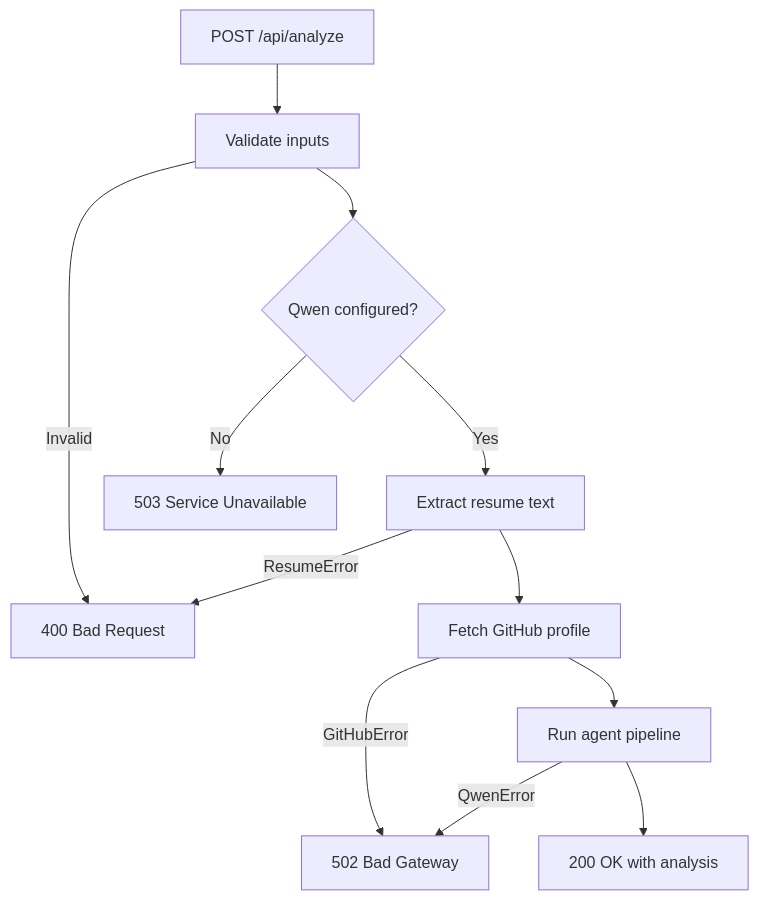
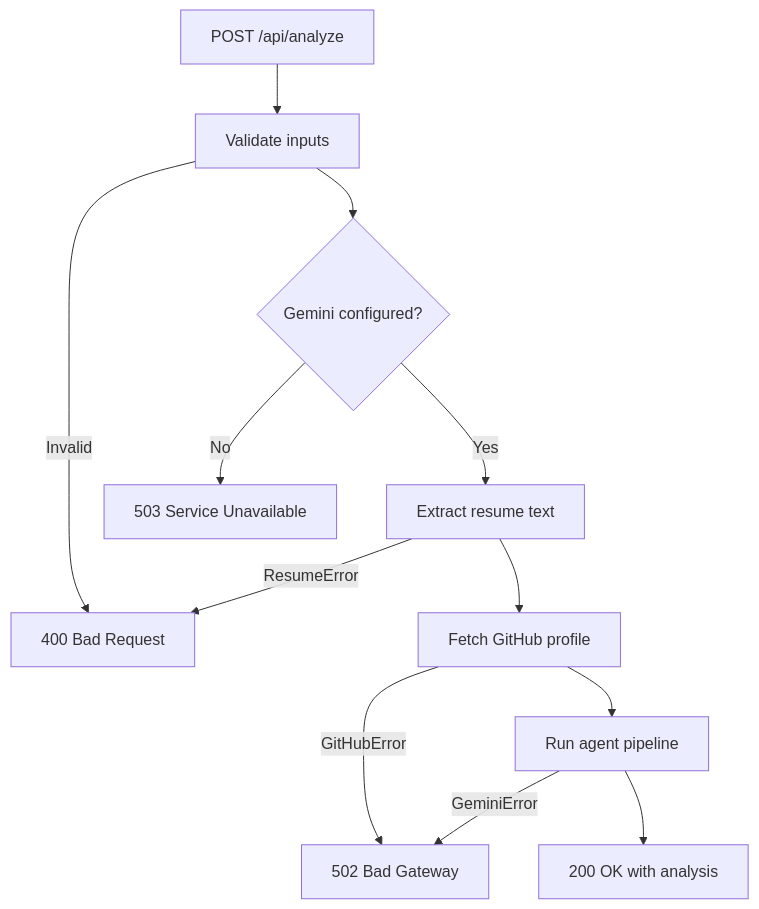
One commit to waqarimran342/CareerOS-AI changed the seventh of 8 diagrams in .qoder/repowiki/en/content/Troubleshooting Guide/Troubleshooting Guide.md. Above: the diagram before and after it, drawn with Mermaid. The commit also changed other lines of this file and 32 other files, not shown here.

````diff
--- a/.qoder/repowiki/en/content/Troubleshooting Guide/Troubleshooting Guide.md
+++ b/.qoder/repowiki/en/content/Troubleshooting Guide/Troubleshooting Guide.md
@@ -277,14 +288,14 @@
 ```mermaid
 flowchart TD
 A["POST /api/analyze"] --> V1["Validate inputs"]
 V1 --> |Invalid| E400["400 Bad Request"]
-V1 --> CheckQwen{"Qwen configured?"}
-CheckQwen --> |No| E503["503 Service Unavailable"]
-CheckQwen --> |Yes| Extract["Extract resume text"]
+V1 --> CheckGemini{"Gemini configured?"}
+CheckGemini --> |No| E503["503 Service Unavailable"]
+CheckGemini --> |Yes| Extract["Extract resume text"]
 Extract --> |ResumeError| E400
 Extract --> FetchGH["Fetch GitHub profile"]
 FetchGH --> |GitHubError| E502["502 Bad Gateway"]
 FetchGH --> RunAgents["Run agent pipeline"]
-RunAgents --> |QwenError| E502
+RunAgents --> |GeminiError| E502
 RunAgents --> Ok["200 OK with analysis"]
 ```
````
